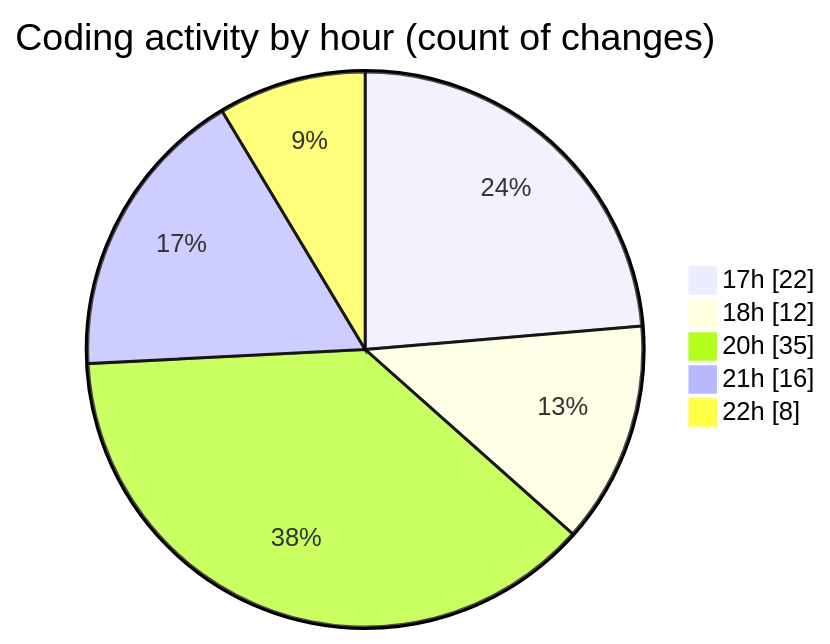
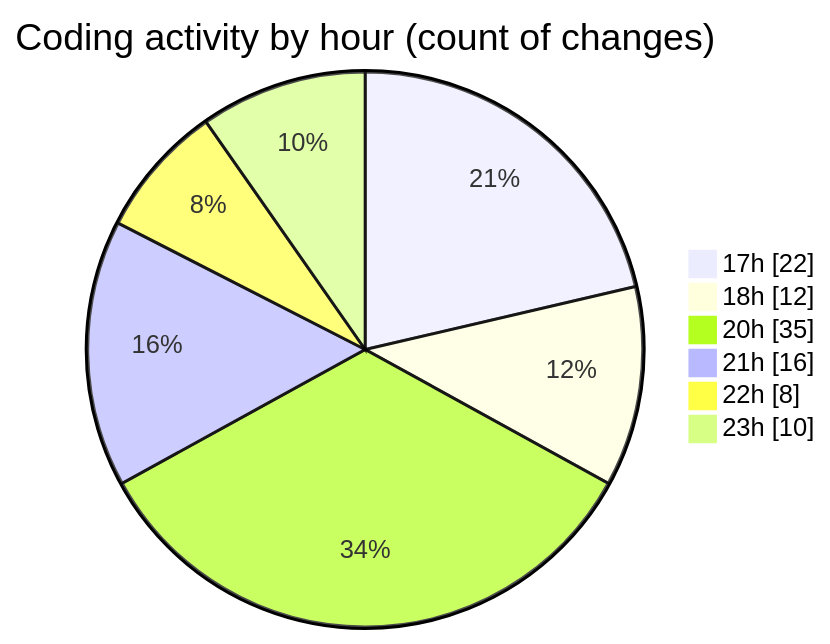
The second of 2 diagrams in 2025-10-30/skintrack/README.md (Netris89/code-tracking), drawn with Mermaid before and after one commit. The commit also changed other lines of this file and 1 other file, not shown here.

````diff
--- a/2025-10-30/skintrack/README.md
+++ b/2025-10-30/skintrack/README.md
@@ -37,9 +38,10 @@
 ```mermaid
 pie showData
 title Coding activity by hour (count of changes)
 "17h" : 22
 "18h" : 12
 "20h" : 35
 "21h" : 16
 "22h" : 8
+"23h" : 10
 ```
````
